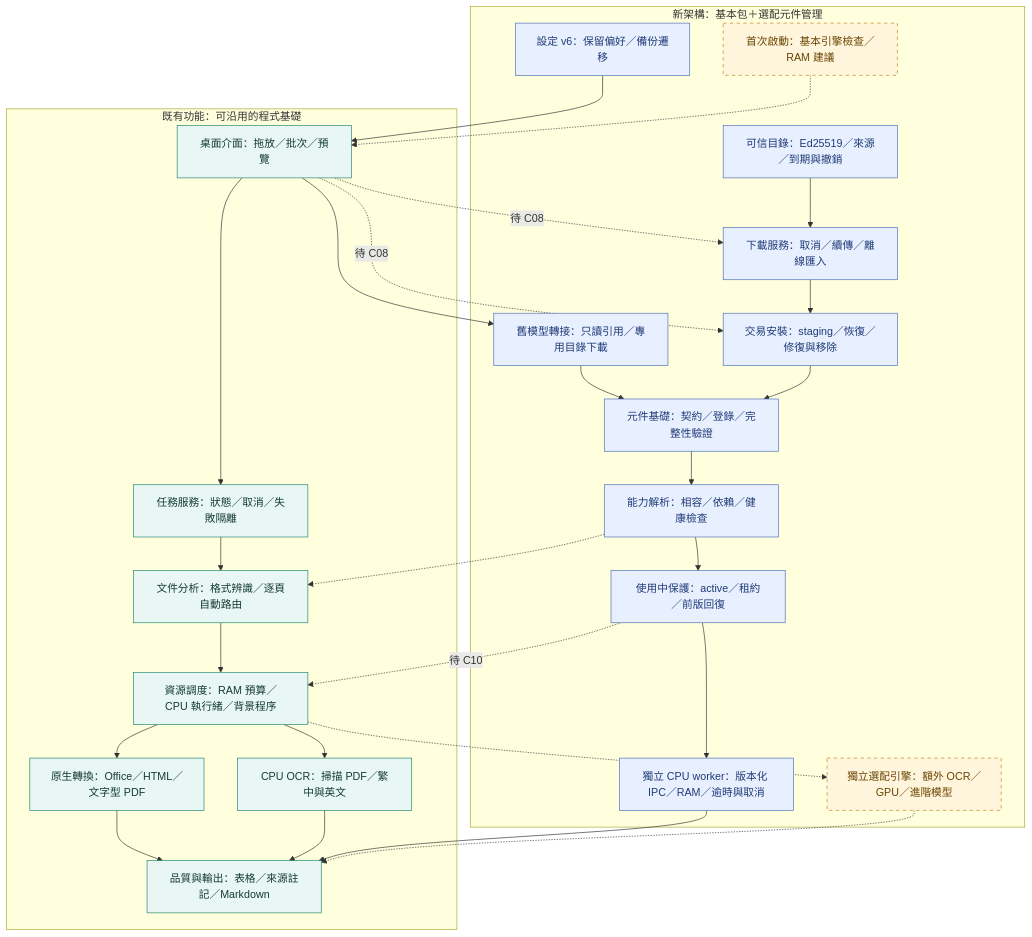
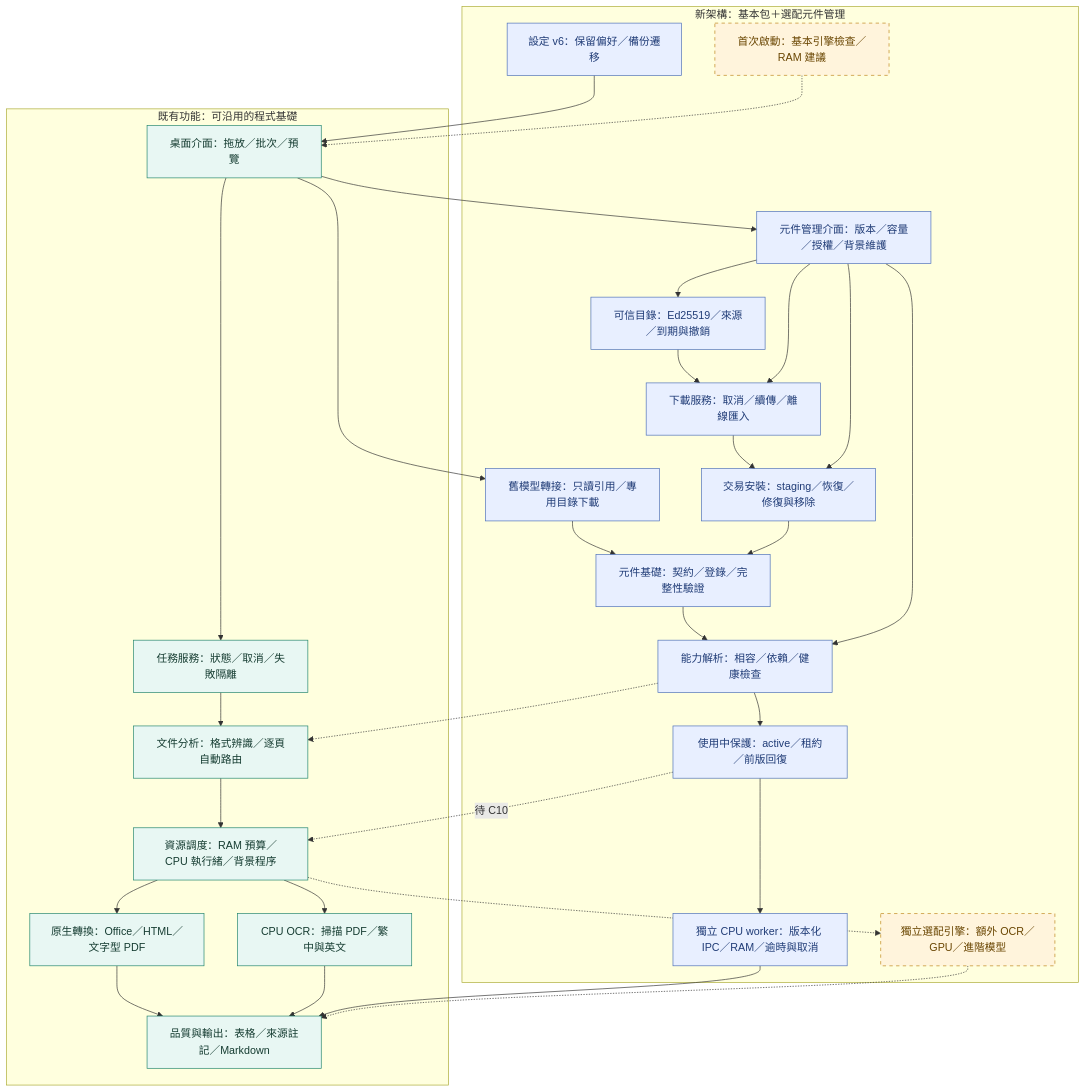
One commit to ChouTa-chuan/MarkItDown-exe changed the diagram in README.md. Above: the diagram before and after it, drawn with Mermaid. The commit also changed other lines of this file and 56 other files, not shown here.

````diff
--- a/README.md
+++ b/README.md
@@ -21,44 +21,48 @@
 ```mermaid
 flowchart TD
     subgraph Existing["既有功能：可沿用的程式基礎"]
         UI["桌面介面：拖放／批次／預覽"] --> APP["任務服務：狀態／取消／失敗隔離"]
         APP --> PLAN["文件分析：格式辨識／逐頁自動路由"]
         PLAN --> RES["資源調度：RAM 預算／CPU 執行緒／背景程序"]
         RES --> NATIVE["原生轉換：Office／HTML／文字型 PDF"]
         RES --> OCR["CPU OCR：掃描 PDF／繁中與英文"]
         NATIVE --> QUALITY["品質與輸出：表格／來源註記／Markdown"]
         OCR --> QUALITY
     end
     subgraph Planned["新架構：基本包＋選配元件管理"]
+        COMPONENTUI["元件管理介面：版本／容量／授權／背景維護"]
         FIRST["首次啟動：基本引擎檢查／RAM 建議"]
         COMPONENTS["元件基礎：契約／登錄／完整性驗證"]
         CAPABILITY["能力解析：相容／依賴／健康檢查"]
         CPUWORKER["獨立 CPU worker：版本化 IPC／RAM／逾時與取消"]
         OPTIONAL["獨立選配引擎：額外 OCR／GPU／進階模型"]
         COMPONENTS --> CAPABILITY
         LEGACY["舊模型轉接：只讀引用／專用目錄下載"]
         PREFS["設定 v6：保留偏好／備份遷移"]
         LEGACY --> COMPONENTS
         CATALOG["可信目錄：Ed25519／來源／到期與撤銷"] --> DOWNLOAD["下載服務：取消／續傳／離線匯入"]
         DOWNLOAD --> INSTALL["交易安裝：staging／恢復／修復與移除"]
         INSTALL --> COMPONENTS
         CAPABILITY --> LEASE["使用中保護：active／租約／前版回復"]
     end
-    UI -.->|待 C08| INSTALL
+    UI --> COMPONENTUI
+    COMPONENTUI --> INSTALL
+    COMPONENTUI --> CATALOG
+    COMPONENTUI --> CAPABILITY
     LEASE --> CPUWORKER
     CPUWORKER --> QUALITY
     LEASE -.->|待 C10| RES
-    UI -.->|待 C08| DOWNLOAD
+    COMPONENTUI --> DOWNLOAD
     UI --> LEGACY
     PREFS --> UI
     FIRST -.-> UI
     CAPABILITY -.-> PLAN
     RES -.-> OPTIONAL
     OPTIONAL -.-> QUALITY
     classDef existing fill:#e8f7f3,stroke:#21856d,color:#153c31;
     classDef foundation fill:#e8efff,stroke:#4c6fb8,color:#203c77;
-    class COMPONENTS,CAPABILITY,LEGACY,PREFS,CATALOG,DOWNLOAD,INSTALL,LEASE,CPUWORKER foundation;
+    class COMPONENTS,CAPABILITY,LEGACY,PREFS,CATALOG,DOWNLOAD,INSTALL,LEASE,CPUWORKER,COMPONENTUI foundation;
     classDef planned fill:#fff4dc,stroke:#be8519,color:#694500,stroke-dasharray:5 5;
     class UI,APP,PLAN,RES,NATIVE,OCR,QUALITY existing;
     class FIRST,OPTIONAL planned;
 ```
````
